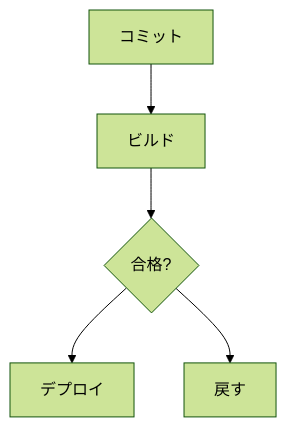
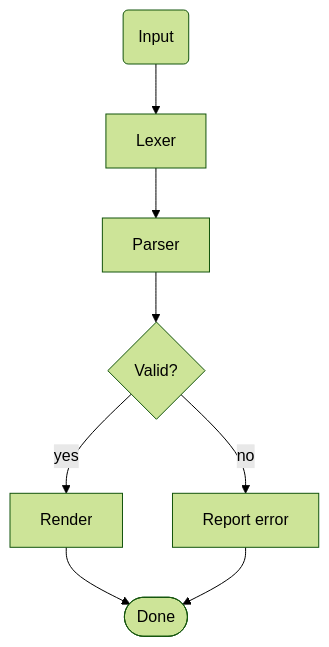
The first of 7 diagrams in examples/EXAMPLE_ja.md (kohdice/markdown-preview), drawn with Mermaid (forest theme) before and after one commit. The commit also changed other lines of this file and 2 other files, not shown here.

First line of the commit message:
docs(mermaid): Document extended Mermaid support in README and examples

````diff
--- a/examples/EXAMPLE_ja.md
+++ b/examples/EXAMPLE_ja.md
@@ -210,6 +206,10 @@
 ```mermaid
-graph TD
-    Commit[コミット] --> Build[ビルド] --> Test{合格?}
-    Test --> Deploy[デプロイ]
-    Test --> Rollback[戻す]
+flowchart TD
+    A(Input) --> B[Lexer]
+    B --> C[Parser]
+    C --> D{Valid?}
+    D -->|yes| E[Render]
+    D -->|no| F[Report error]
+    E --> G([Done])
+    F --> G
 ```
````
